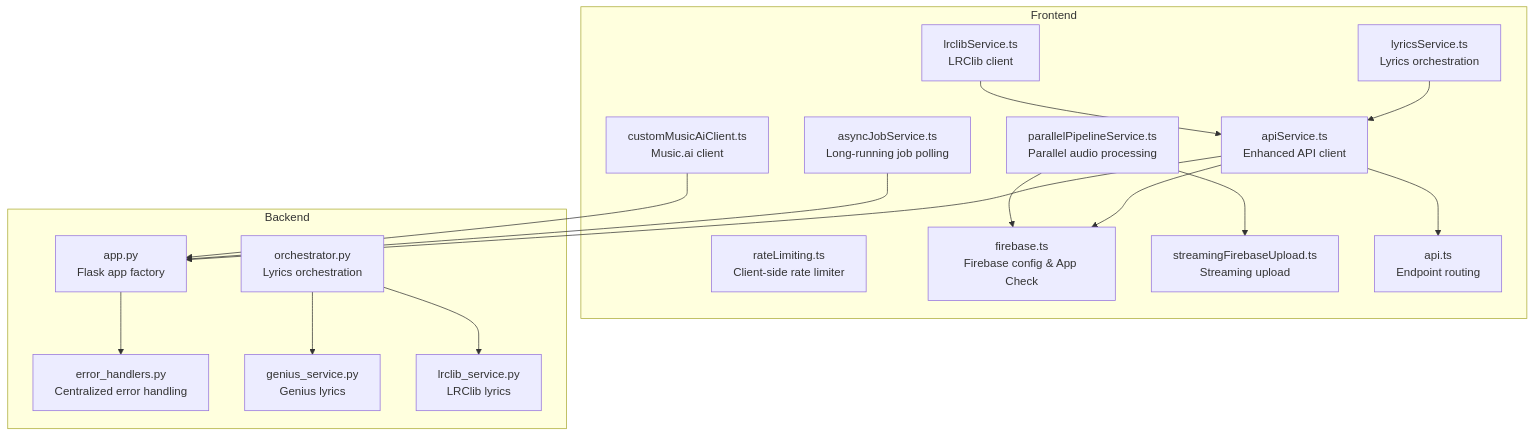
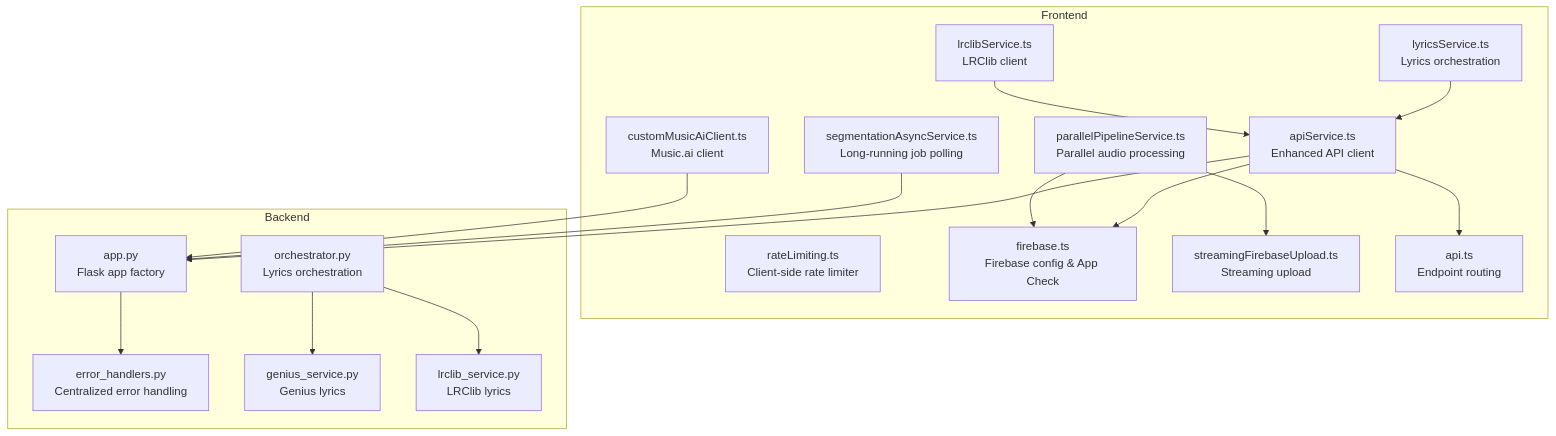
The first of 11 diagrams in .qoder/repowiki/en/content/Frontend Application/API Integration and Service Layer/API Integration and Service Layer.md (ptnghia-j/ChordMiniApp), drawn with Mermaid before and after one commit. The commit also changed other lines of this file and 60 other files, not shown here.

````diff
--- a/.qoder/repowiki/en/content/Frontend Application/API Integration and Service Layer/API Integration and Service Layer.md
+++ b/.qoder/repowiki/en/content/Frontend Application/API Integration and Service Layer/API Integration and Service Layer.md
@@ -43,34 +43,34 @@
 ```mermaid
 graph TB
 subgraph "Frontend"
 A["apiService.ts<br/>Enhanced API client"]
 B["rateLimiting.ts<br/>Client-side rate limiter"]
 C["parallelPipelineService.ts<br/>Parallel audio processing"]
-D["asyncJobService.ts<br/>Long-running job polling"]
+D["segmentationAsyncService.ts<br/>Long-running job polling"]
 E["lyricsService.ts<br/>Lyrics orchestration"]
 F["lrclibService.ts<br/>LRClib client"]
 G["customMusicAiClient.ts<br/>Music.ai client"]
 H["firebase.ts<br/>Firebase config & App Check"]
 I["streamingFirebaseUpload.ts<br/>Streaming upload"]
 J["api.ts<br/>Endpoint routing"]
 end
 subgraph "Backend"
 K["app.py<br/>Flask app factory"]
 L["error_handlers.py<br/>Centralized error handling"]
 M["orchestrator.py<br/>Lyrics orchestration"]
 N["genius_service.py<br/>Genius lyrics"]
 O["lrclib_service.py<br/>LRClib lyrics"]
 end
 A --> J
 A --> H
 A --> K
 E --> A
 F --> A
 C --> I
 C --> H
 D --> K
 G --> K
 M --> N
 M --> O
 K --> L
 ```
````
